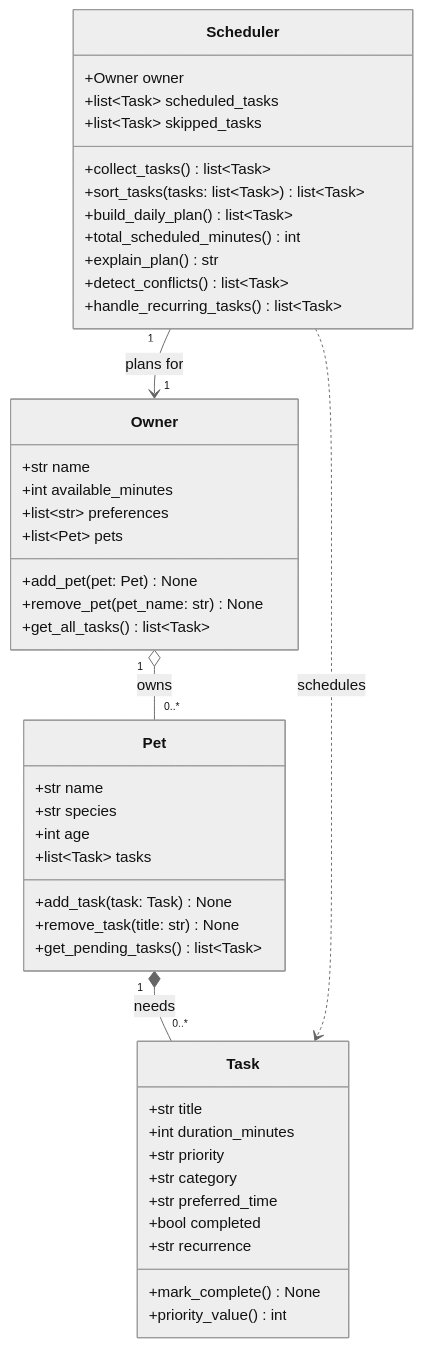
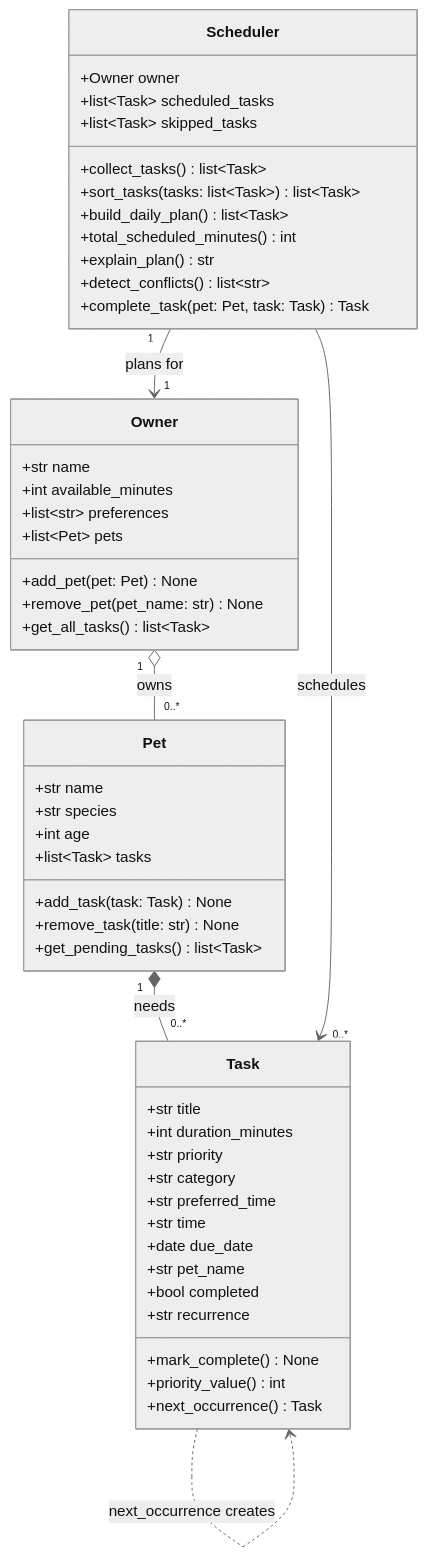
Before and after one commit to sahithiA1/ai110-module2show-pawpal-starter: the diagram in diagrams/uml.mmd, drawn with Mermaid (neutral theme). The commit also changed 2 other files, not shown here.

Commit message:
refactor: refine UML design and complete Phase 1 reflection

```diff
--- a/diagrams/uml.mmd
+++ b/diagrams/uml.mmd
@@ -1,52 +1,57 @@
 classDiagram
     %% PawPal+ initial design. Keep this file updated so it matches your final implementation.
 
     class Owner {
         +str name
         +int available_minutes
         +list~str~ preferences
         +list~Pet~ pets
         +add_pet(pet: Pet) None
         +remove_pet(pet_name: str) None
         +get_all_tasks() list~Task~
     }
 
     class Pet {
         +str name
         +str species
         +int age
         +list~Task~ tasks
         +add_task(task: Task) None
         +remove_task(title: str) None
         +get_pending_tasks() list~Task~
     }
 
     class Task {
         +str title
         +int duration_minutes
         +str priority
         +str category
         +str preferred_time
+        +str time
+        +date due_date
+        +str pet_name
         +bool completed
+        +str recurrence
         +mark_complete() None
         +priority_value() int
-        +str recurrence
+        +next_occurrence() Task
     }
 
     class Scheduler {
         +Owner owner
         +list~Task~ scheduled_tasks
         +list~Task~ skipped_tasks
         +collect_tasks() list~Task~
         +sort_tasks(tasks: list~Task~) list~Task~
         +build_daily_plan() list~Task~
         +total_scheduled_minutes() int
         +explain_plan() str
-        +detect_conflicts() list~Task~
-        +handle_recurring_tasks() list~Task~
+        +detect_conflicts() list~str~
+        +complete_task(pet: Pet, task: Task) Task
     }
 
     Owner "1" o-- "0..*" Pet : owns
     Pet "1" *-- "0..*" Task : needs
     Scheduler "1" --> "1" Owner : plans for
-    Scheduler ..> Task : schedules
+    Scheduler --> "0..*" Task : schedules
+    Task ..> Task : next_occurrence creates
```
